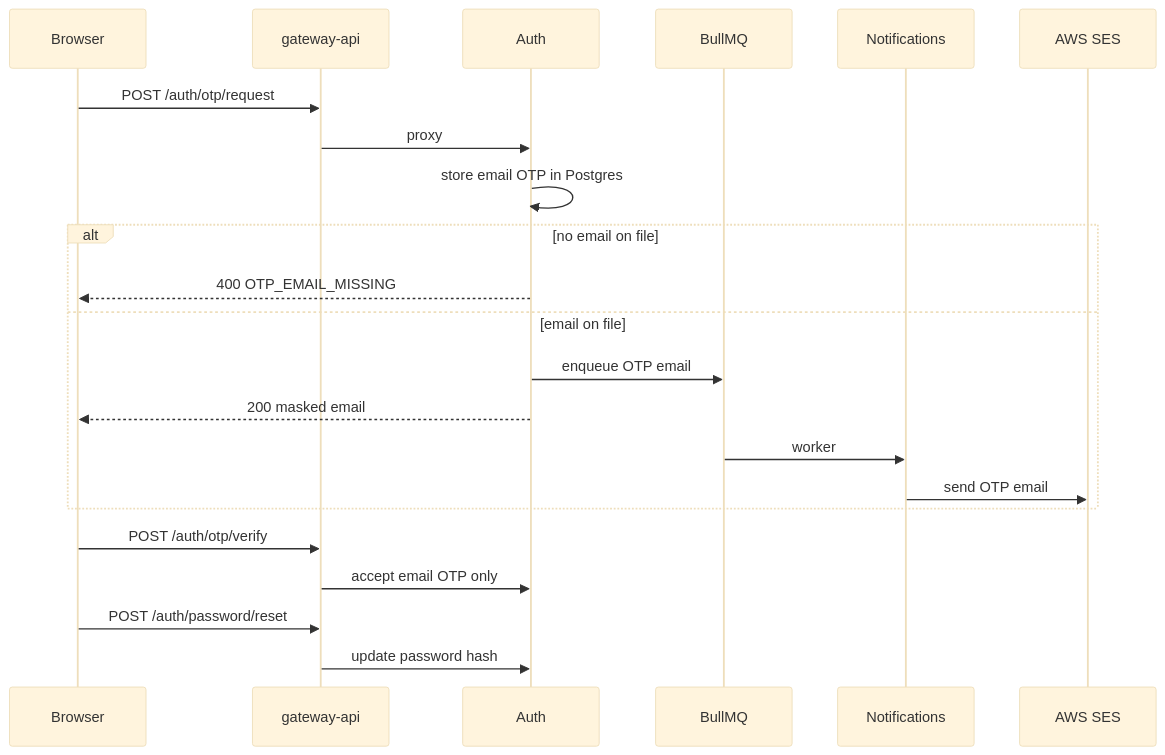
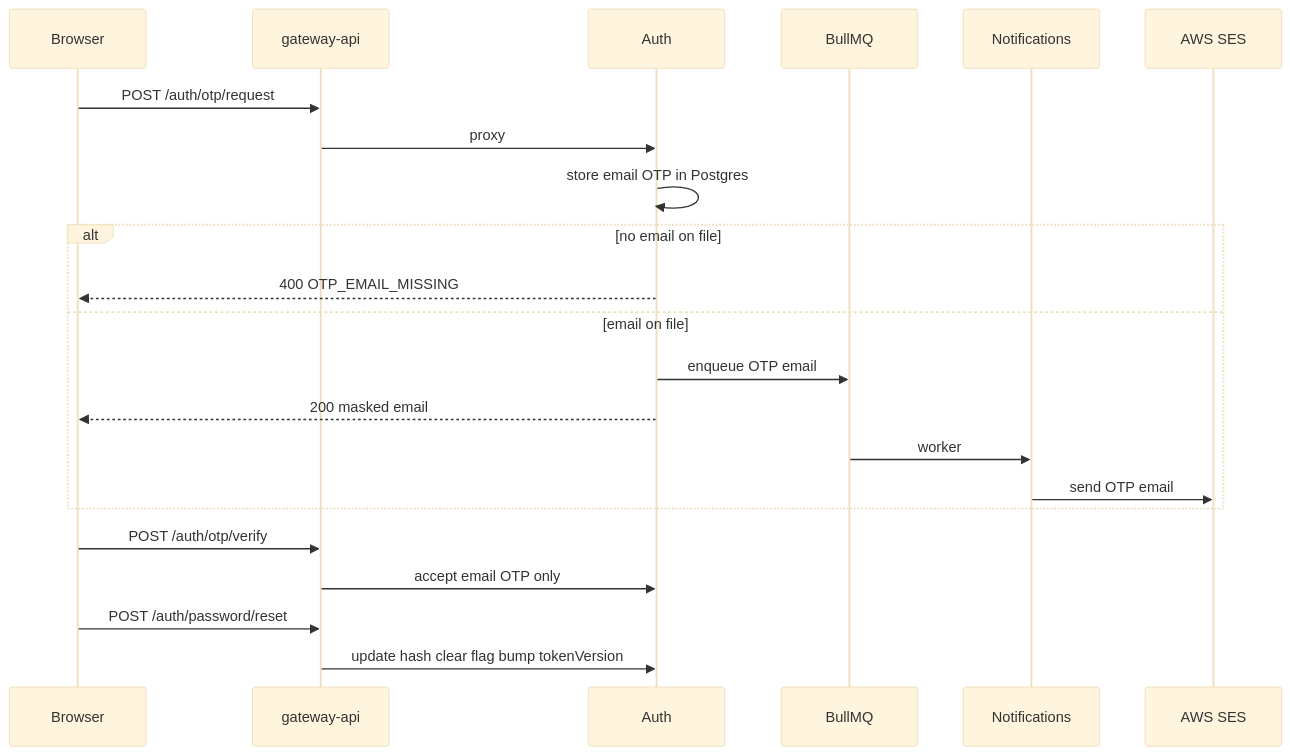
Before and after one commit to uniz-rguktong/uniz-master: the fourth of 24 diagrams in apps/uniz-docs/system/action-flows.md, drawn with Mermaid (base theme). The commit also changed other lines of this file and 49 other files, not shown here.

````diff
--- a/apps/uniz-docs/system/action-flows.md
+++ b/apps/uniz-docs/system/action-flows.md
@@ -53,25 +84,25 @@
 ```mermaid
 sequenceDiagram
   participant B as Browser
   participant GW as gateway-api
   participant A as Auth
   participant Q as BullMQ
   participant N as Notifications
   participant SES as AWS SES
 
   B->>GW: POST /auth/otp/request
   GW->>A: proxy
   A->>A: store email OTP in Postgres
   alt no email on file
     A-->>B: 400 OTP_EMAIL_MISSING
   else email on file
     A->>Q: enqueue OTP email
     A-->>B: 200 masked email
     Q->>N: worker
     N->>SES: send OTP email
   end
   B->>GW: POST /auth/otp/verify
   GW->>A: accept email OTP only
   B->>GW: POST /auth/password/reset
-  GW->>A: update password hash
+  GW->>A: update hash clear flag bump tokenVersion
 ```
````
